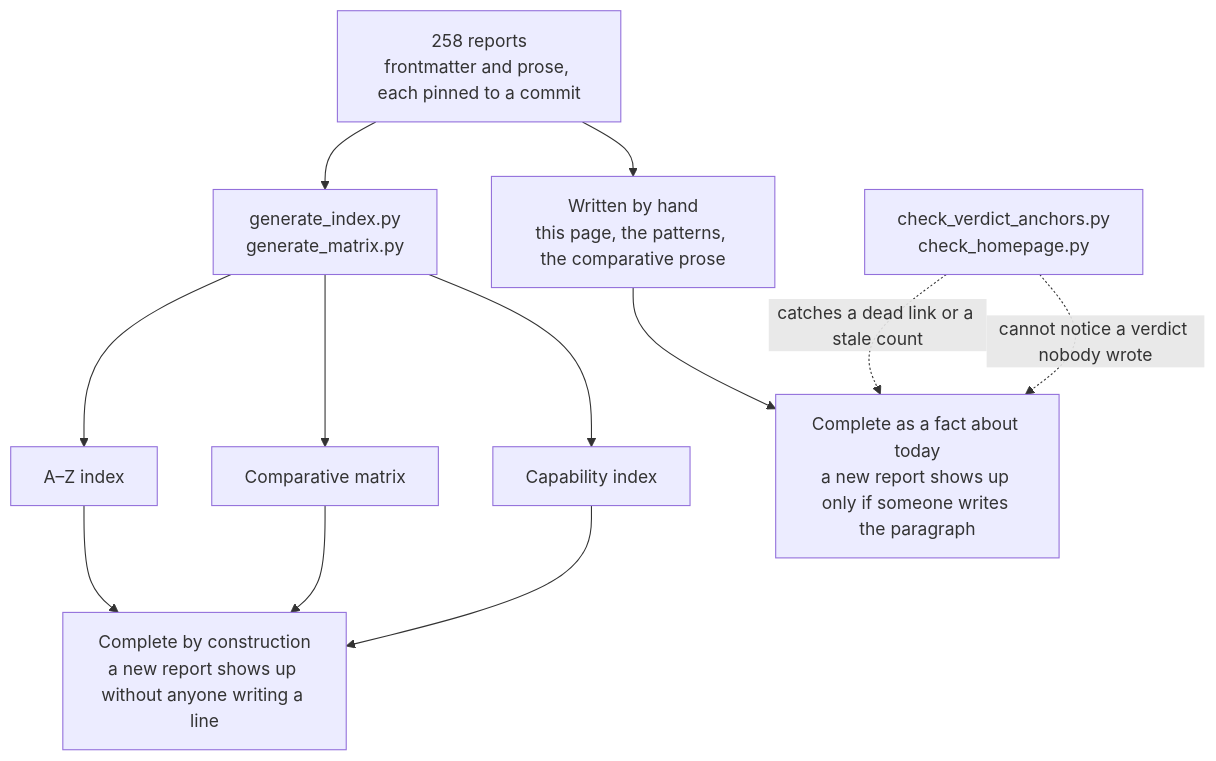
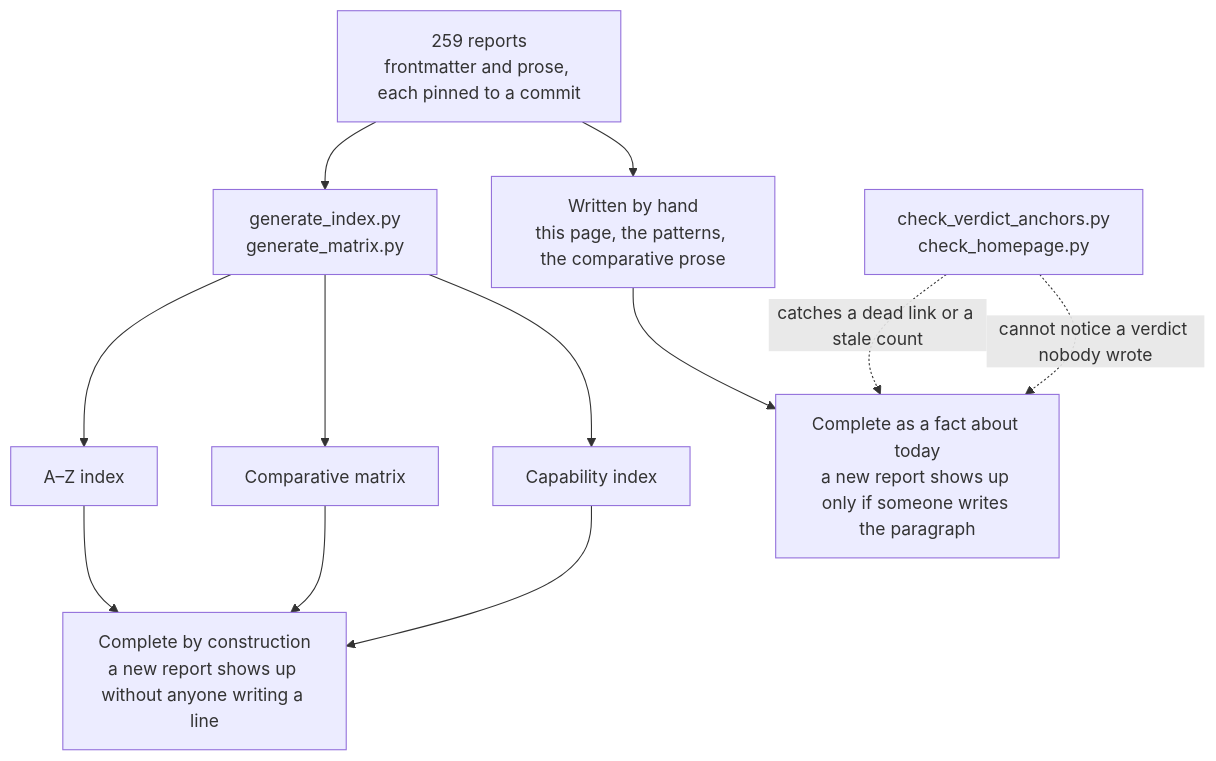
One commit to neoneye/agent-memory-atlas changed the diagram in content/verdicts.md. Above: the diagram before and after it, drawn with Mermaid. The commit also changed other lines of this file and 19 other files, not shown here.

````diff
--- a/content/verdicts.md
+++ b/content/verdicts.md
@@ -40,15 +40,15 @@
 ```mermaid
 flowchart TD
-    R["258 reports<br/>frontmatter and prose, each pinned to a commit"]
+    R["259 reports<br/>frontmatter and prose, each pinned to a commit"]
     R --> GEN["generate_index.py<br/>generate_matrix.py"]
     R --> HAND["Written by hand<br/>this page, the patterns, the comparative prose"]
     GEN --> AZ["A–Z index"]
     GEN --> MX["Comparative matrix"]
     GEN --> CI["Capability index"]
     AZ --> CONST["Complete by construction<br/>a new report shows up without anyone writing a line"]
     MX --> CONST
     CI --> CONST
     HAND --> TODAY["Complete as a fact about today<br/>a new report shows up only if someone writes the paragraph"]
     CHK["check_verdict_anchors.py<br/>check_homepage.py"] -.->|"catches a dead link or a stale count"| TODAY
     CHK -.->|"cannot notice a verdict nobody wrote"| TODAY
 ```
````
